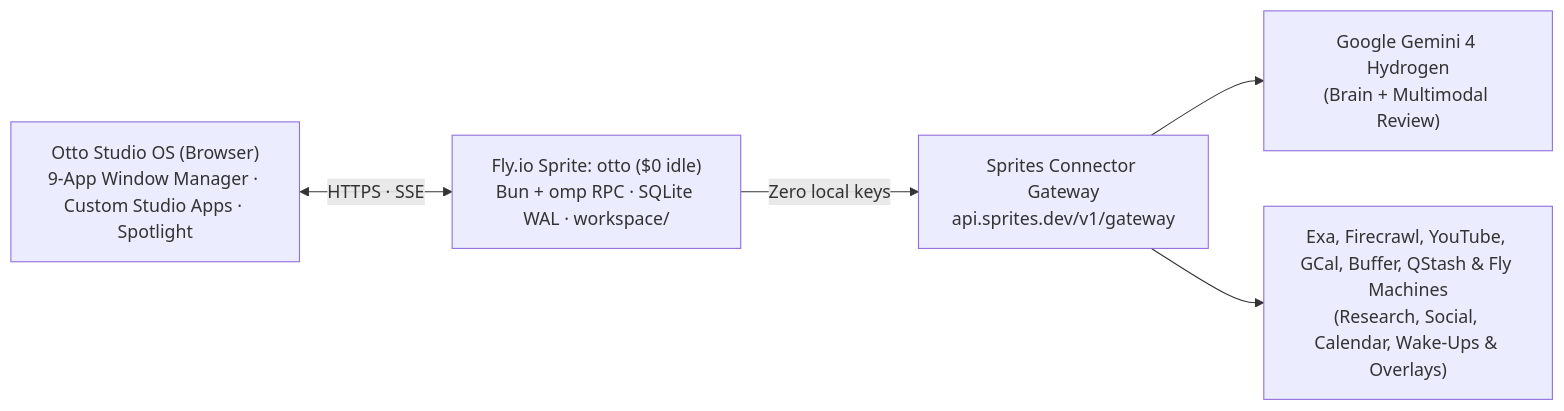
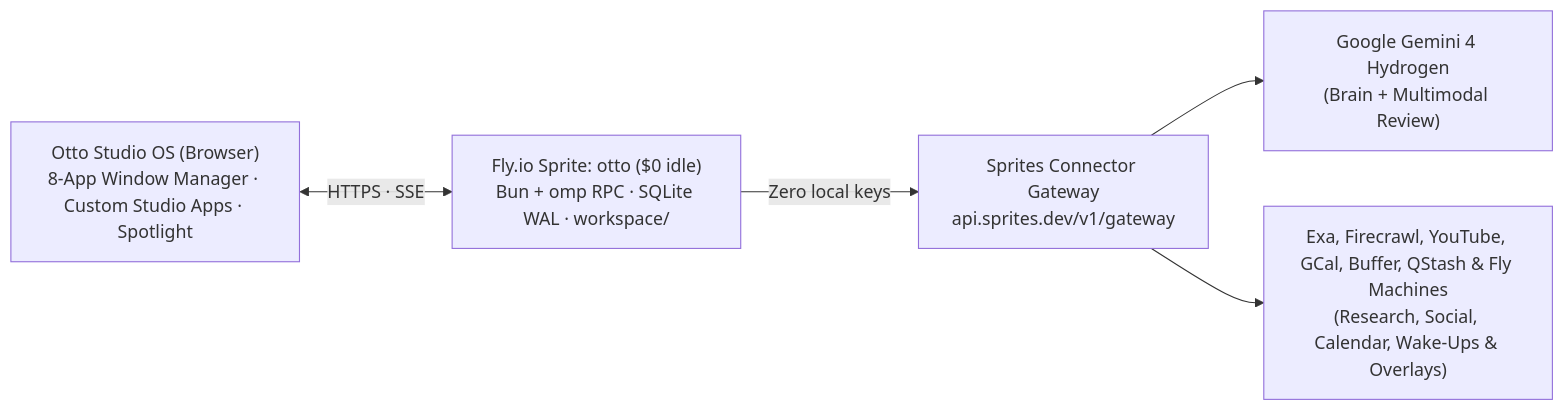
One commit to roffidaijoubu/otto changed the diagram in README.md. Above: the diagram before and after it, drawn with Mermaid. The commit also changed other lines of this file and 30 other files, not shown here.

````diff
--- a/README.md
+++ b/README.md
@@ -60,7 +60,7 @@
 ```mermaid
 flowchart LR
-    U["Otto Studio OS (Browser)<br/>9-App Window Manager · Custom Studio Apps · Spotlight"] <-->|"HTTPS · SSE"| S["Fly.io Sprite: otto ($0 idle)<br/>Bun + omp RPC · SQLite WAL · workspace/"]
+    U["Otto Studio OS (Browser)<br/>8-App Window Manager · Custom Studio Apps · Spotlight"] <-->|"HTTPS · SSE"| S["Fly.io Sprite: otto ($0 idle)<br/>Bun + omp RPC · SQLite WAL · workspace/"]
     S -->|"Zero local keys"| G["Sprites Connector Gateway<br/>api.sprites.dev/v1/gateway"]
     G --> M["Google Gemini 4 Hydrogen<br/>(Brain + Multimodal Review)"]
     G --> E["Exa, Firecrawl, YouTube, GCal, Buffer, QStash &amp; Fly Machines<br/>(Research, Social, Calendar, Wake-Ups &amp; Overlays)"]
 ```
````
